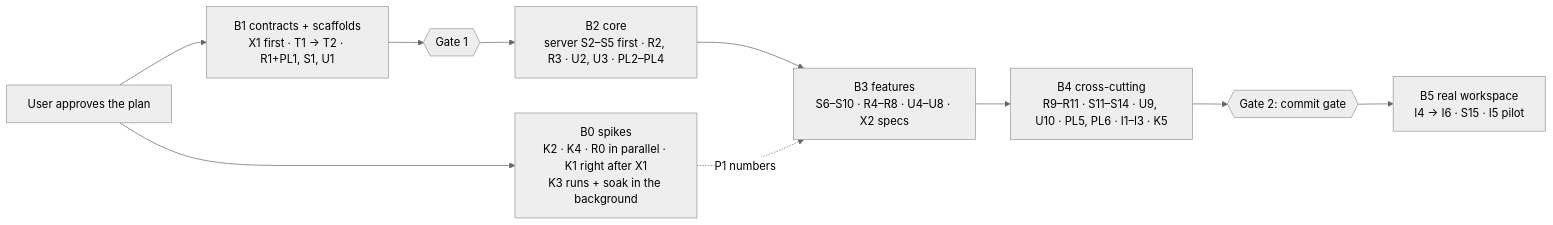
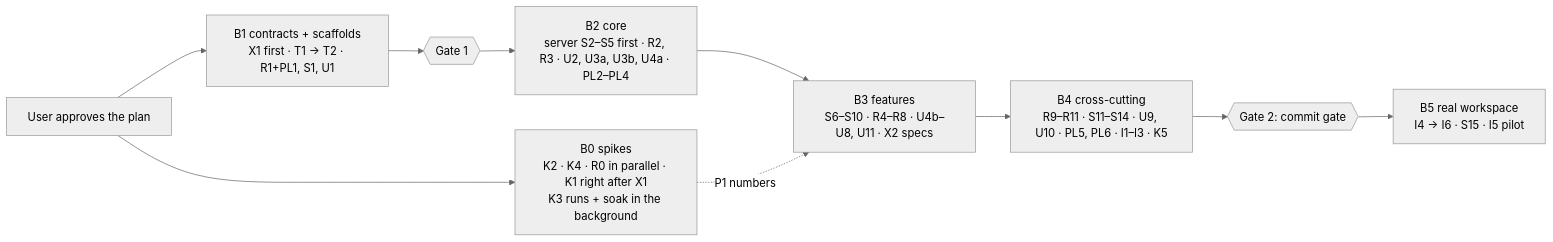
The second of 2 diagrams in plan/01-session-replay.md (akhilshastri/session-replay), drawn with Mermaid (neutral theme) before and after one commit. The commit also changed other lines of this file and 17 other files, not shown here.

````diff
--- a/plan/01-session-replay.md
+++ b/plan/01-session-replay.md
@@ -424,12 +436,12 @@
 ```mermaid
 flowchart LR
   A[User approves the plan] --> B0["B0 spikes<br/>K2 · K4 · R0 in parallel · K1 right after X1<br/>K3 runs + soak in the background"]
   A --> B1["B1 contracts + scaffolds<br/>X1 first · T1 → T2 · R1+PL1, S1, U1"]
   B1 --> G1{{Gate 1}}
-  G1 --> B2["B2 core<br/>server S2–S5 first · R2, R3 · U2, U3 · PL2–PL4"]
-  B2 --> B3["B3 features<br/>S6–S10 · R4–R8 · U4–U8 · X2 specs"]
+  G1 --> B2["B2 core<br/>server S2–S5 first · R2, R3 · U2, U3a, U3b, U4a · PL2–PL4"]
+  B2 --> B3["B3 features<br/>S6–S10 · R4–R8 · U4b–U8, U11 · X2 specs"]
   B0 -. P1 numbers .-> B3
   B3 --> B4["B4 cross-cutting<br/>R9–R11 · S11–S14 · U9, U10 · PL5, PL6 · I1–I3 · K5"]
   B4 --> G2{{Gate 2: commit gate}}
   G2 --> B5["B5 real workspace<br/>I4 → I6 · S15 · I5 pilot"]
 ```
````
